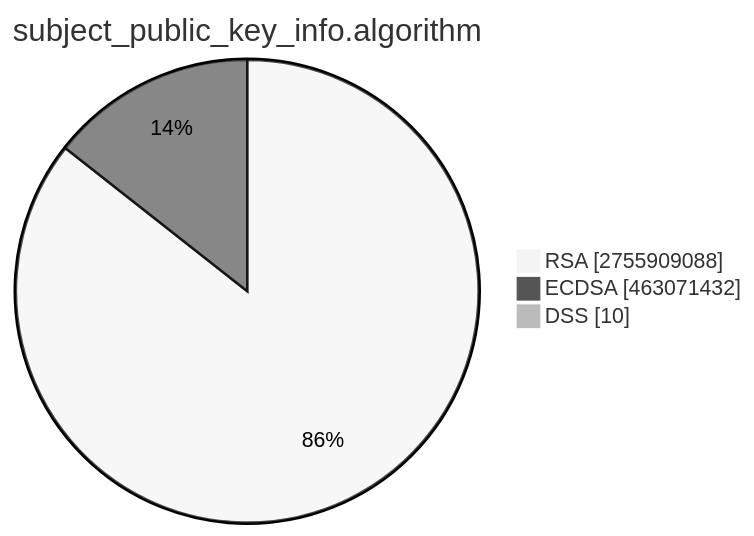
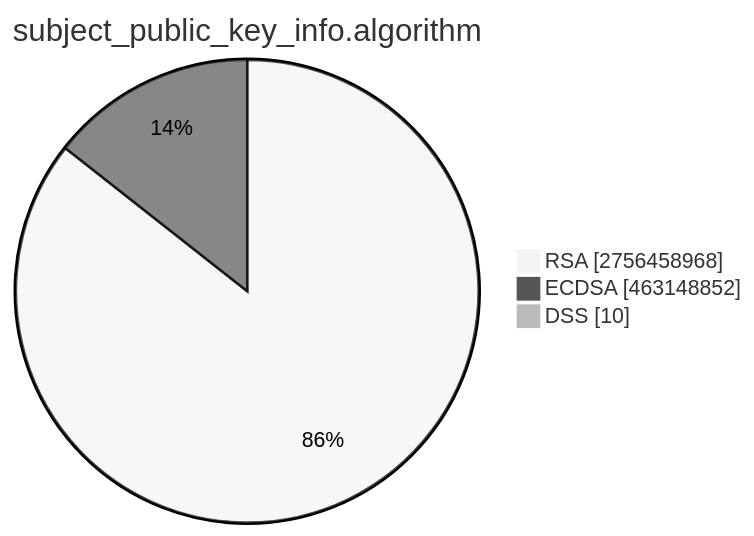
One commit to christiankrug/ctmonitor_visualization changed the second of 15 diagrams in TOTAL/README.md. Above: the diagram before and after it, drawn with Mermaid (neutral theme). The commit also changed other lines of this file, not shown here.

````diff
--- a/TOTAL/README.md
+++ b/TOTAL/README.md
@@ -6,7 +6,7 @@
 ```mermaid
 pie showData
 title subject_public_key_info.algorithm
-"RSA" :2755909088
-"ECDSA" :463071432
+"RSA" :2756458968
+"ECDSA" :463148852
 "DSS" :10
 ```
````
